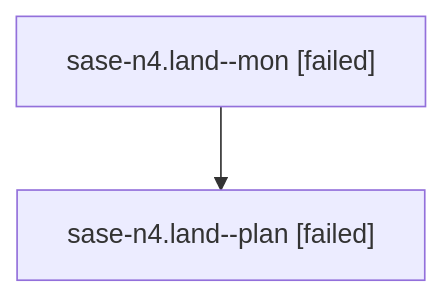
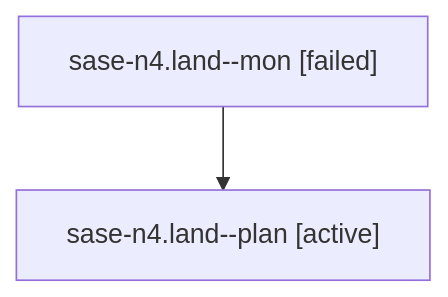
Before and after one commit to sase-org/sase--agents: the diagram in families/bbugyi200.athena.sase-n4.land.md, drawn with Mermaid. The commit also changed other lines of this file and 35830 other files, not shown here.

````diff
--- a/families/bbugyi200.athena.sase-n4.land.md
+++ b/families/bbugyi200.athena.sase-n4.land.md
@@ -9,6 +9,6 @@
 ```mermaid
 flowchart TD
   n0["sase-n4.land--mon [failed]"]
-  n1["sase-n4.land--plan [failed]"]
+  n1["sase-n4.land--plan [active]"]
   n0 --> n1
 ```
````
